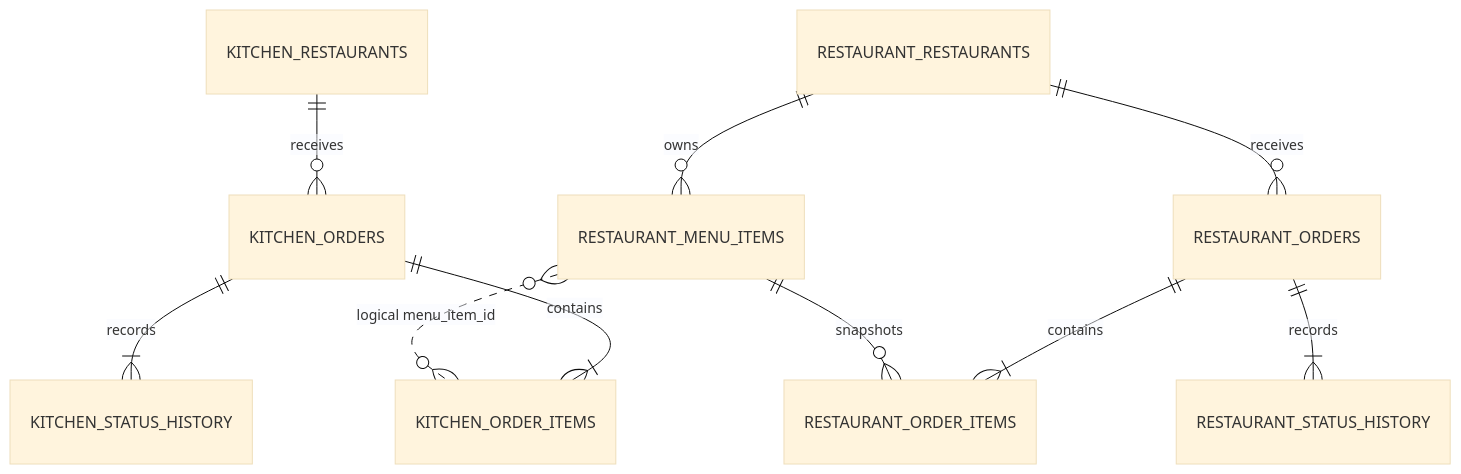
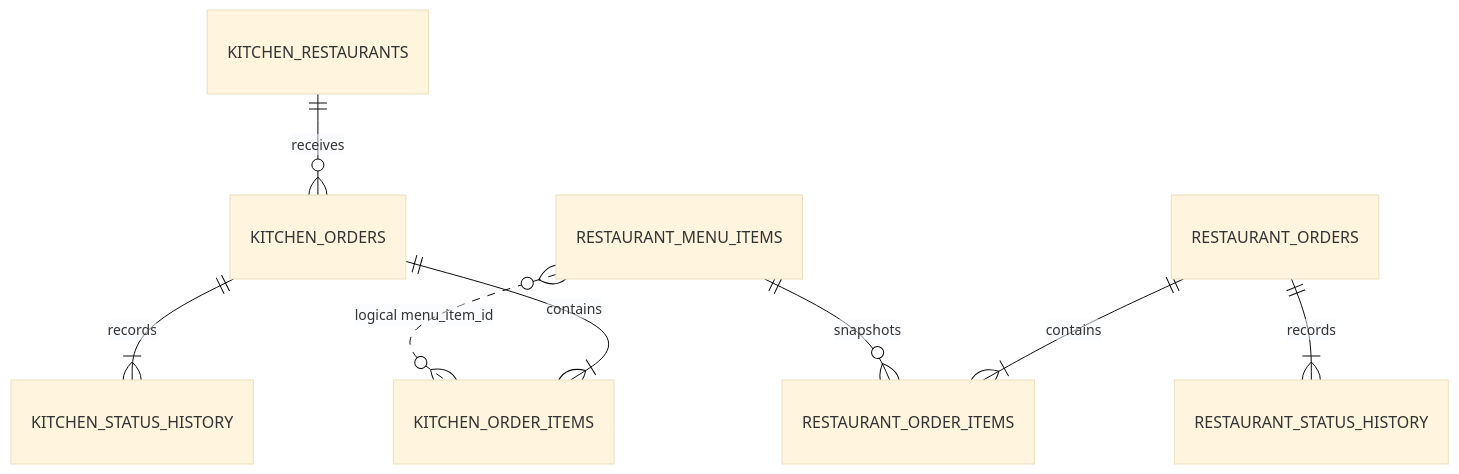
The second of 2 diagrams in README.md (LolFolUp/avito), drawn with Mermaid (base theme) before and after one commit. The commit also changed other lines of this file and 22 other files, not shown here.

````diff
--- a/README.md
+++ b/README.md
@@ -125,14 +124,12 @@
 ```mermaid
 erDiagram
     KITCHEN_RESTAURANTS ||--o{ KITCHEN_ORDERS : receives
     KITCHEN_ORDERS ||--|{ KITCHEN_ORDER_ITEMS : contains
     KITCHEN_ORDERS ||--|{ KITCHEN_STATUS_HISTORY : records
 
-    RESTAURANT_RESTAURANTS ||--o{ RESTAURANT_MENU_ITEMS : owns
-    RESTAURANT_RESTAURANTS ||--o{ RESTAURANT_ORDERS : receives
     RESTAURANT_ORDERS ||--|{ RESTAURANT_ORDER_ITEMS : contains
     RESTAURANT_MENU_ITEMS ||--o{ RESTAURANT_ORDER_ITEMS : snapshots
     RESTAURANT_ORDERS ||--|{ RESTAURANT_STATUS_HISTORY : records
 
     RESTAURANT_MENU_ITEMS }o..o{ KITCHEN_ORDER_ITEMS : "logical menu_item_id"
 ```
````
